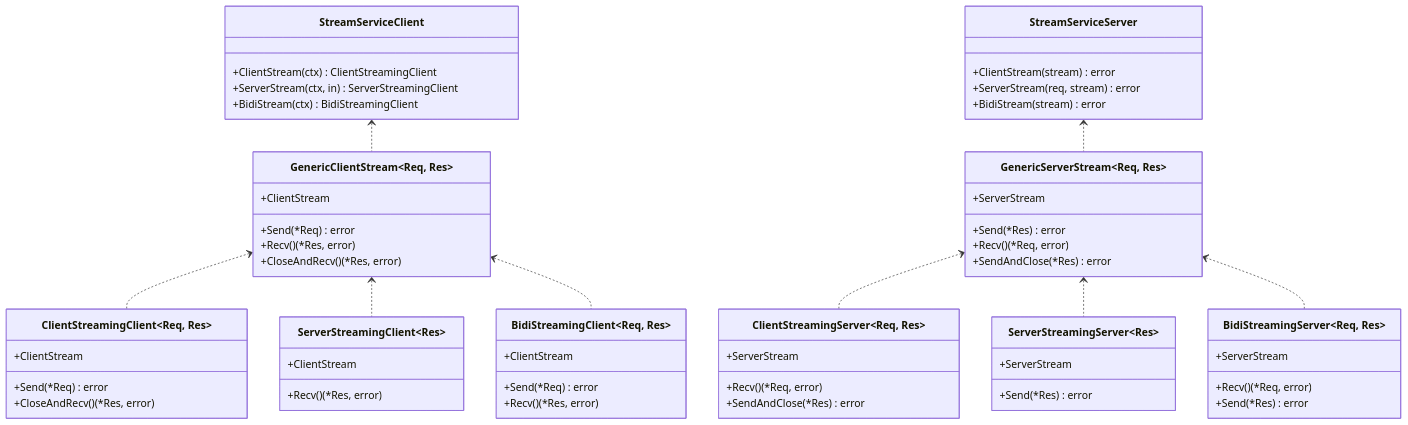
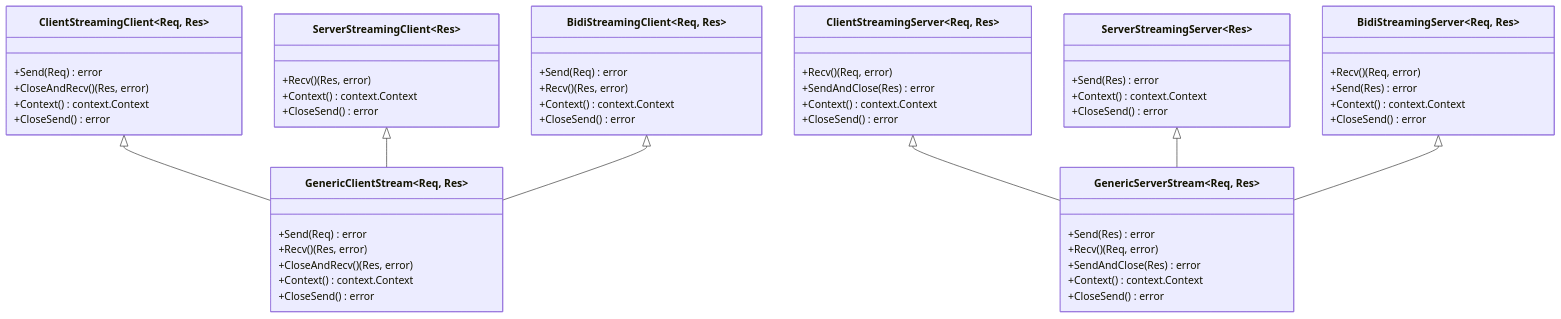
The second of 15 diagrams in .agents/repowiki/zh/content/示例和最佳实践/WebSocket流式系统.md (soyacen/goose), drawn with Mermaid before and after one commit. The commit also changed other lines of this file and 4 other files, not shown here.

````diff
--- a/.agents/repowiki/zh/content/示例和最佳实践/WebSocket流式系统.md
+++ b/.agents/repowiki/zh/content/示例和最佳实践/WebSocket流式系统.md
@@ -111,61 +95,57 @@
 ```mermaid
 classDiagram
-class StreamServiceClient {
-+ClientStream(ctx) ClientStreamingClient
-+ServerStream(ctx, in) ServerStreamingClient
-+BidiStream(ctx) BidiStreamingClient
+class ClientStreamingClient~Req, Res~ {
++Send(Req) error
++CloseAndRecv() (Res, error)
++Context() context.Context
++CloseSend() error
 }
-class StreamServiceServer {
-+ClientStream(stream) error
-+ServerStream(req, stream) error
-+BidiStream(stream) error
+class ServerStreamingClient~Res~ {
++Recv() (Res, error)
++Context() context.Context
++CloseSend() error
+}
+class BidiStreamingClient~Req, Res~ {
++Send(Req) error
++Recv() (Res, error)
++Context() context.Context
++CloseSend() error
+}
+class ClientStreamingServer~Req, Res~ {
++Recv() (Req, error)
++SendAndClose(Res) error
++Context() context.Context
++CloseSend() error
+}
+class ServerStreamingServer~Res~ {
++Send(Res) error
++Context() context.Context
++CloseSend() error
+}
+class BidiStreamingServer~Req, Res~ {
++Recv() (Req, error)
++Send(Res) error
++Context() context.Context
++CloseSend() error
 }
 class GenericClientStream~Req, Res~ {
-+Send(*Req) error
-+Recv() (*Res, error)
-+CloseAndRecv() (*Res, error)
-+ClientStream
++Send(Req) error
++Recv() (Res, error)
++CloseAndRecv() (Res, error)
++Context() context.Context
++CloseSend() error
 }
 class GenericServerStream~Req, Res~ {
-+Send(*Res) error
-+Recv() (*Req, error)
-+SendAndClose(*Res) error
-+ServerStream
++Send(Res) error
++Recv() (Req, error)
++SendAndClose(Res) error
++Context() context.Context
++CloseSend() error
 }
-class ClientStreamingClient~Req, Res~ {
-+Send(*Req) error
-+CloseAndRecv() (*Res, error)
-+ClientStream
-}
-class ServerStreamingClient~Res~ {
-+Recv() (*Res, error)
-+ClientStream
-}
-class BidiStreamingClient~Req, Res~ {
-+Send(*Req) error
-+Recv() (*Res, error)
-+ClientStream
-}
-class ClientStreamingServer~Req, Res~ {
-+Recv() (*Req, error)
-+SendAndClose(*Res) error
-+ServerStream
-}
-class ServerStreamingServer~Res~ {
-+Send(*Res) error
-+ServerStream
-}
-class BidiStreamingServer~Req, Res~ {
-+Recv() (*Req, error)
-+Send(*Res) error
-+ServerStream
-}
-StreamServiceClient <.. GenericClientStream
-StreamServiceServer <.. GenericServerStream
-GenericClientStream <.. ClientStreamingClient
-GenericClientStream <.. ServerStreamingClient
-GenericClientStream <.. BidiStreamingClient
-GenericServerStream <.. ClientStreamingServer
-GenericServerStream <.. ServerStreamingServer
-GenericServerStream <.. BidiStreamingServer
+ClientStreamingClient <|-- GenericClientStream
+ServerStreamingClient <|-- GenericClientStream
+BidiStreamingClient <|-- GenericClientStream
+ClientStreamingServer <|-- GenericServerStream
+ServerStreamingServer <|-- GenericServerStream
+BidiStreamingServer <|-- GenericServerStream
 ```
````
